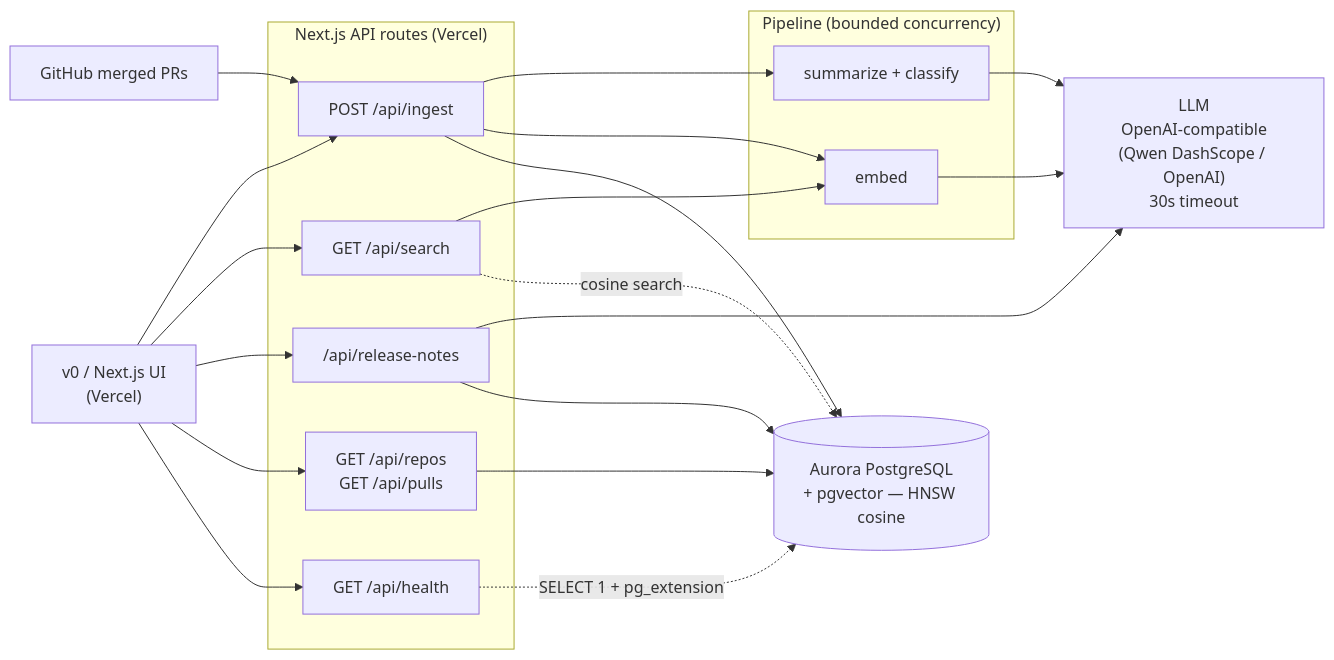
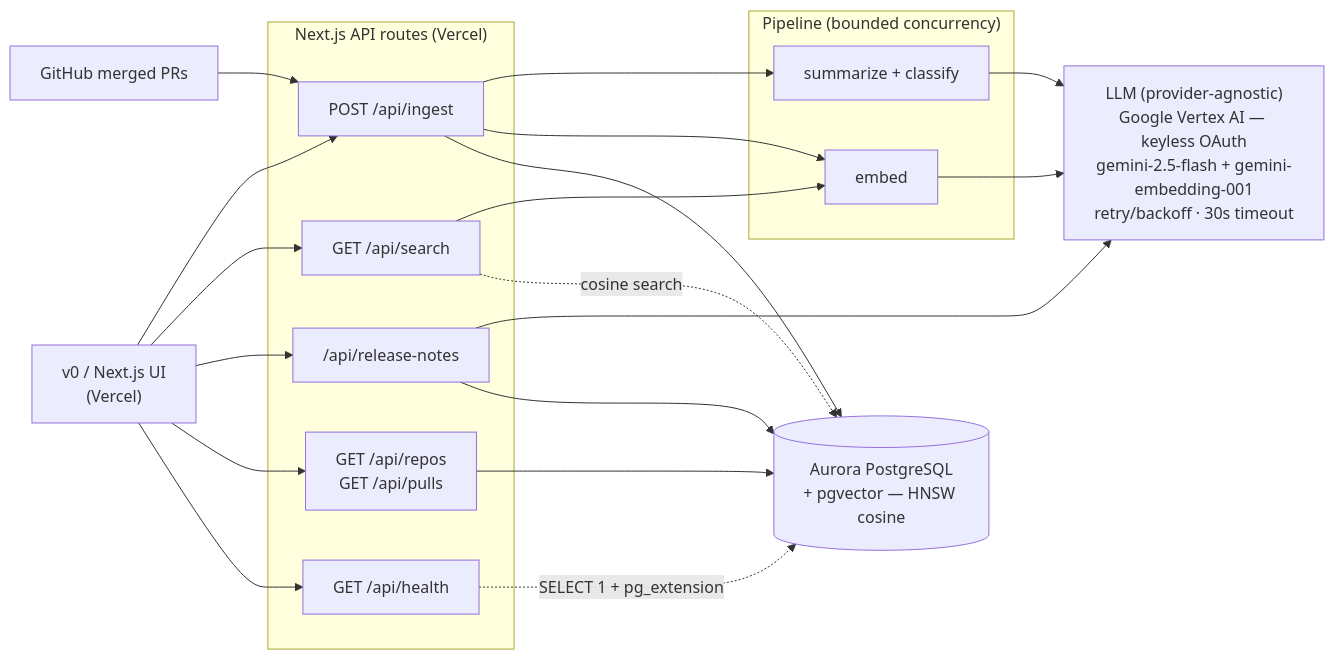
Before and after one commit to 64johnlee/releaseiq: the diagram in docs/ARCHITECTURE.md, drawn with Mermaid. The commit also changed other lines of this file and 2 other files, not shown here.

First line of the commit message:
docs: add H0 submission writeup + demo script, refresh architecture

````diff
--- a/docs/ARCHITECTURE.md
+++ b/docs/ARCHITECTURE.md
@@ -7,33 +7,33 @@
 ```mermaid
 flowchart LR
   UI["v0 / Next.js UI<br/>(Vercel)"]
 
   subgraph API["Next.js API routes (Vercel)"]
     ING["POST /api/ingest"]
     SR["GET /api/search"]
     RN["/api/release-notes"]
     LIST["GET /api/repos<br/>GET /api/pulls"]
     H["GET /api/health"]
   end
 
   subgraph PIPE["Pipeline (bounded concurrency)"]
     SUM["summarize + classify"]
     EMB["embed"]
   end
 
   GH["GitHub merged PRs"]
-  LLM["LLM<br/>OpenAI-compatible<br/>(Qwen DashScope / OpenAI)<br/>30s timeout"]
+  LLM["LLM (provider-agnostic)<br/>Google Vertex AI — keyless OAuth<br/>gemini-2.5-flash + gemini-embedding-001<br/>retry/backoff · 30s timeout"]
   DB[("Aurora PostgreSQL<br/>+ pgvector — HNSW cosine")]
 
   UI --> ING & SR & RN & LIST & H
   GH --> ING
   ING --> SUM --> LLM
   ING --> EMB --> LLM
   ING --> DB
   SR --> EMB
   SR -. cosine search .-> DB
   RN --> LLM
   RN --> DB
   LIST --> DB
   H -. SELECT 1 + pg_extension .-> DB
 ```
````
